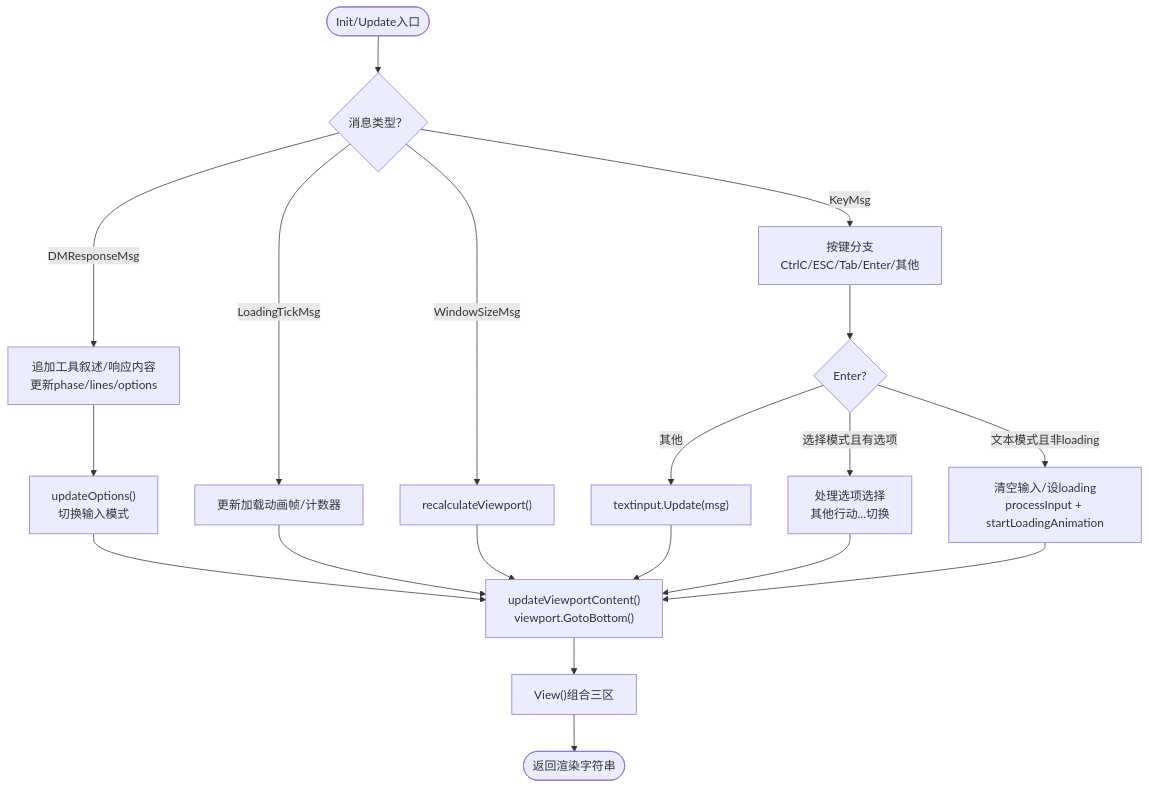
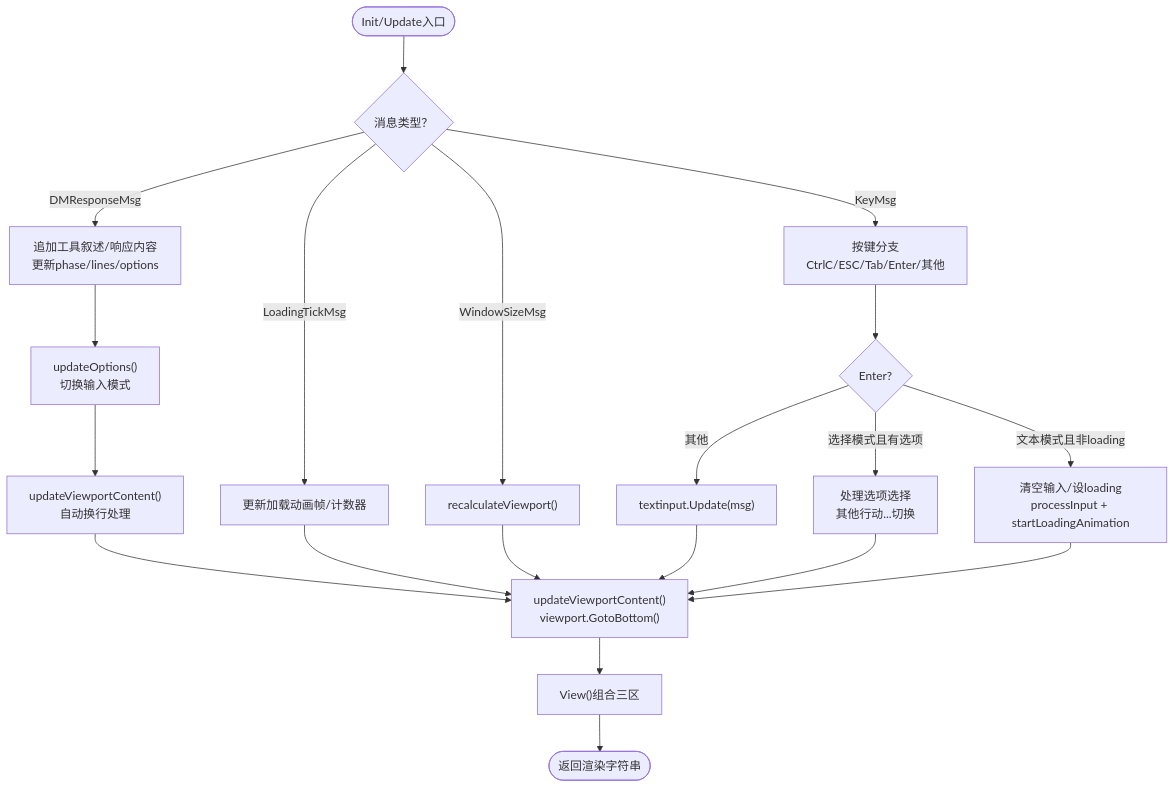
One commit to zwh8800/cdnd changed the third of 6 diagrams in .qoder/repowiki/zh/content/用户界面/用户界面.md. Above: the diagram before and after it, drawn with Mermaid. The commit also changed other lines of this file and 2 other files, not shown here.

````diff
--- a/.qoder/repowiki/zh/content/用户界面/用户界面.md
+++ b/.qoder/repowiki/zh/content/用户界面/用户界面.md
@@ -171,21 +176,22 @@
 ```mermaid
 flowchart TD
 Start(["Init/Update入口"]) --> CheckMsg{"消息类型？"}
 CheckMsg --> |KeyMsg| KeySwitch["按键分支<br/>CtrlC/ESC/Tab/Enter/其他"]
 CheckMsg --> |WindowSizeMsg| Recalc["recalculateViewport()"]
 CheckMsg --> |DMResponseMsg| UpdateLines["追加工具叙述/响应内容<br/>更新phase/lines/options"]
 CheckMsg --> |LoadingTickMsg| TickAnim["更新加载动画帧/计数器"]
 KeySwitch --> EnterBranch{"Enter?"}
 EnterBranch --> |选择模式且有选项| SelectEnter["处理选项选择<br/>其他行动...切换"]
 EnterBranch --> |文本模式且非loading| Submit["清空输入/设loading<br/>processInput + startLoadingAnimation"]
 EnterBranch --> |其他| TextInput["textinput.Update(msg)"]
 UpdateLines --> UpdateOptions["updateOptions()<br/>切换输入模式"]
-UpdateOptions --> Render["updateViewportContent()<br/>viewport.GotoBottom()"]
+UpdateOptions --> WrapContent["updateViewportContent()<br/>自动换行处理"]
+WrapContent --> Render["updateViewportContent()<br/>viewport.GotoBottom()"]
 TickAnim --> Render
 Recalc --> Render
 TextInput --> Render
 SelectEnter --> Render
 Submit --> Render
 Render --> ViewOut["View()组合三区"]
 ViewOut --> End(["返回渲染字符串"])
 ```
````
